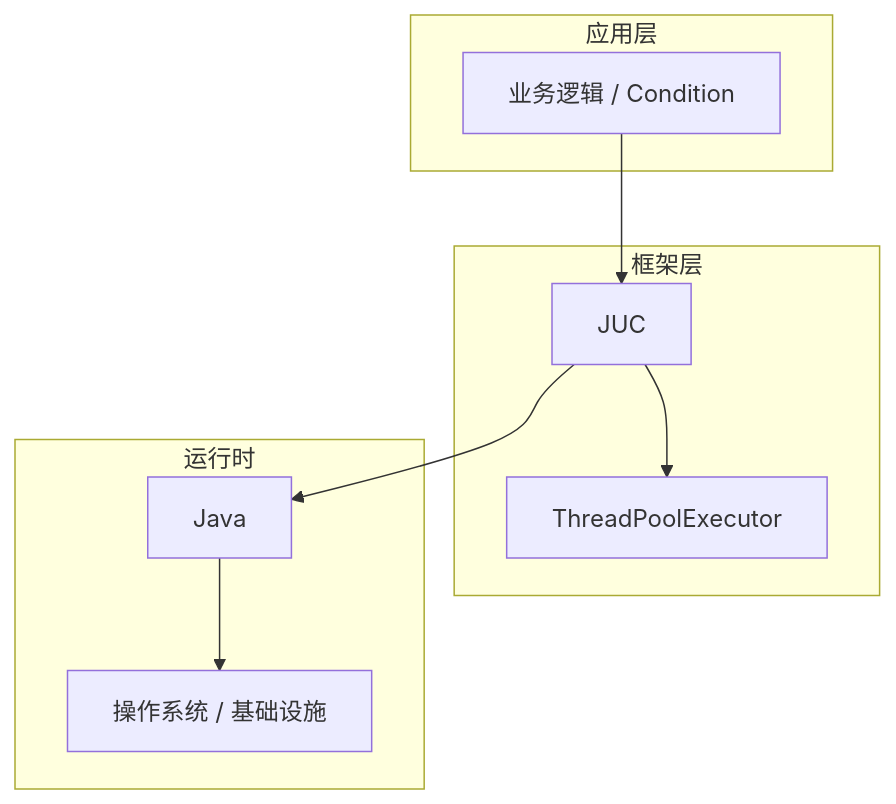
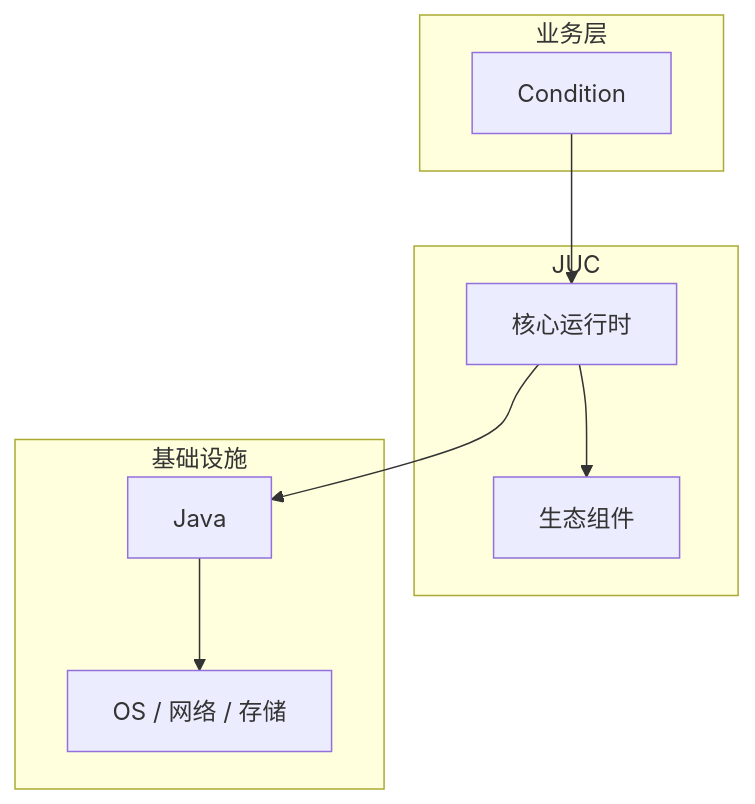
One commit to yanggan2015/knowledge-json-v2 changed the diagram in articles/Java并发/chapters/057-Condition核心概念与原理.md. Above: the diagram before and after it, drawn with Mermaid. The commit also changed other lines of this file and 10127 other files, not shown here.

````diff
--- a/articles/Java并发/chapters/057-Condition核心概念与原理.md
+++ b/articles/Java并发/chapters/057-Condition核心概念与原理.md
@@ -45,18 +34,18 @@
 ```mermaid
 graph TB
-    subgraph 应用层
-        A[业务逻辑 / Condition]
+    subgraph 业务层
+        A[Condition]
     end
-    subgraph 框架层
-        B[JUC]
-        C[ThreadPoolExecutor]
+    subgraph JUC
+        B[核心运行时]
+        C[生态组件]
     end
-    subgraph 运行时
+    subgraph 基础设施
         D[Java]
-        E[操作系统 / 基础设施]
+        E[OS / 网络 / 存储]
     end
     A --> B
     B --> C
     B --> D
     D --> E
 ```
````
